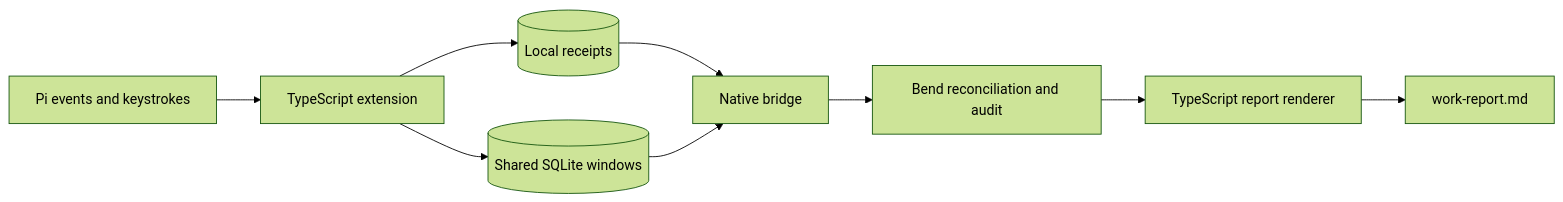
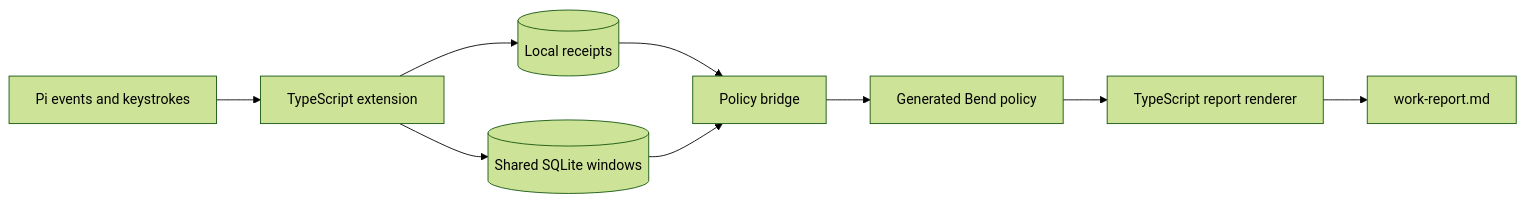
One commit to ryan-brosas/pi-time-tracker changed the diagram in README.md. Above: the diagram before and after it, drawn with Mermaid (forest theme). The commit also changed other lines of this file and 31 other files, not shown here.

````diff
--- a/README.md
+++ b/README.md
@@ -60,11 +60,11 @@
 ```mermaid
 flowchart LR
   Pi["Pi events and keystrokes"] --> Adapter["TypeScript extension"]
   Adapter --> Receipts[("Local receipts")]
   Adapter --> Db[("Shared SQLite windows")]
-  Receipts --> Bridge["Native bridge"]
+  Receipts --> Bridge["Policy bridge"]
   Db --> Bridge
-  Bridge --> Bend["Bend reconciliation and audit"]
+  Bridge --> Bend["Generated Bend policy"]
   Bend --> Report["TypeScript report renderer"]
   Report --> Draft["work-report.md"]
 ```
````
